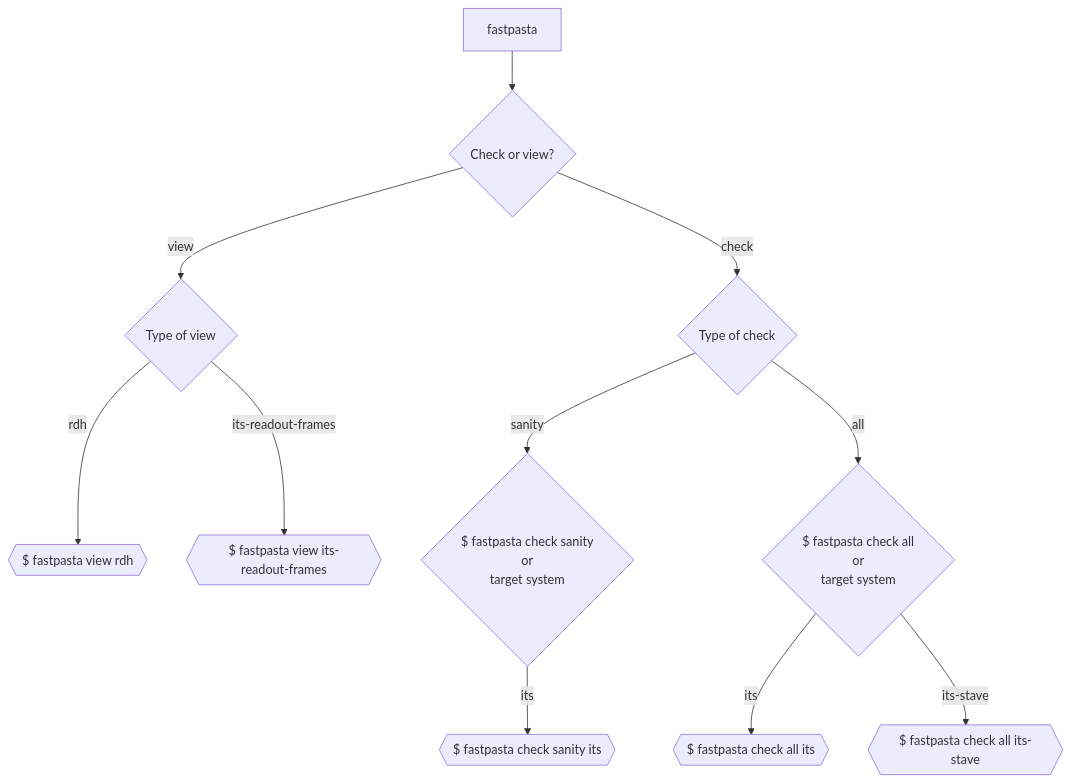
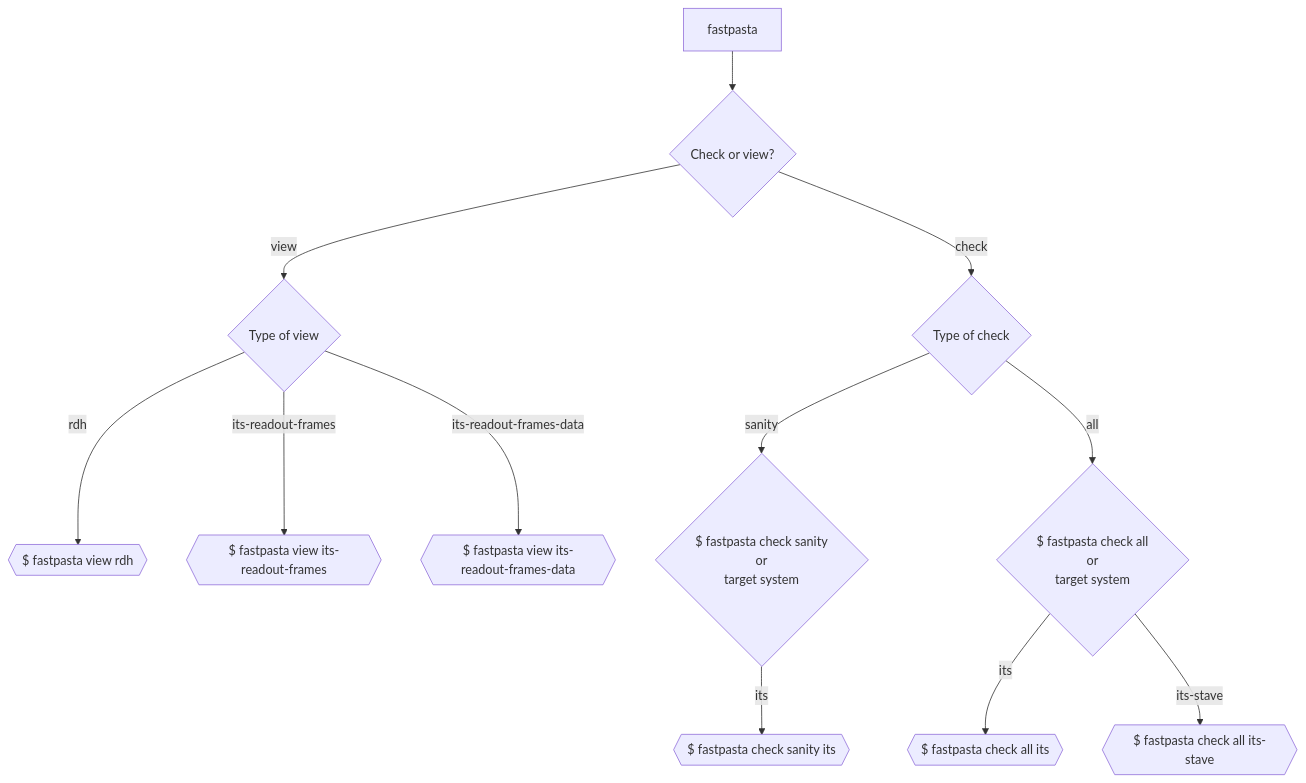
The diagram in README.md (CramBL/fastPASTA), drawn with Mermaid before and after one commit.

Commit message:
add view its-readout-frames-data to command flow diagram

````diff
--- a/README.md
+++ b/README.md
@@ -123,21 +123,22 @@
 ```mermaid
 flowchart TD;
   start["fastpasta"] --> top_sub_cmd{"Check or view?"};
 
   top_sub_cmd -- "view" --> view_type{"Type of view"};
   view_type -- "rdh" --> view_rdh{{$ fastpasta view rdh}};
   view_type -- "its-readout-frames" --> view_ro_frames{{$ fastpasta view its-readout-frames}};
+  view_type -- "its-readout-frames-data" --> view_ro_frames_data{{$ fastpasta view its-readout-frames-data}};
 
   top_sub_cmd -- "check" --> check_type{"Type of check"};
 
   check_type -- "sanity" --> check_sanity{"$ fastpasta check sanity
   or
   target system"};
   check_sanity -- "its" --> check_sanity_its{{$ fastpasta check sanity its}};
 
   check_type -- "all" --> check_all{"$ fastpasta check all
   or
   target system"};
   check_all -- "its" --> check_all_its{{$ fastpasta check all its}};
   check_all -- "its-stave" --> check_all_its_stave{{$ fastpasta check all its-stave}};
 ```
````
